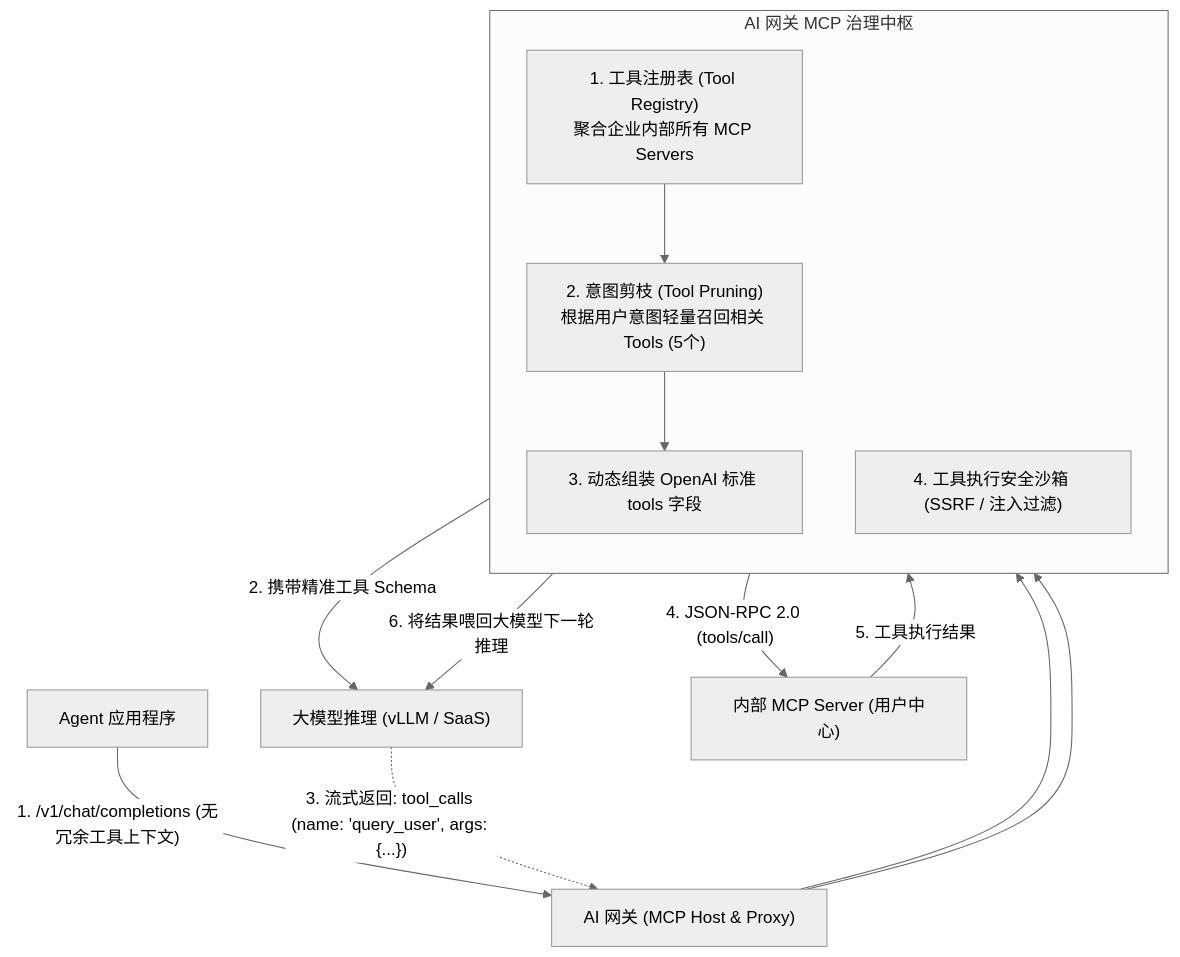
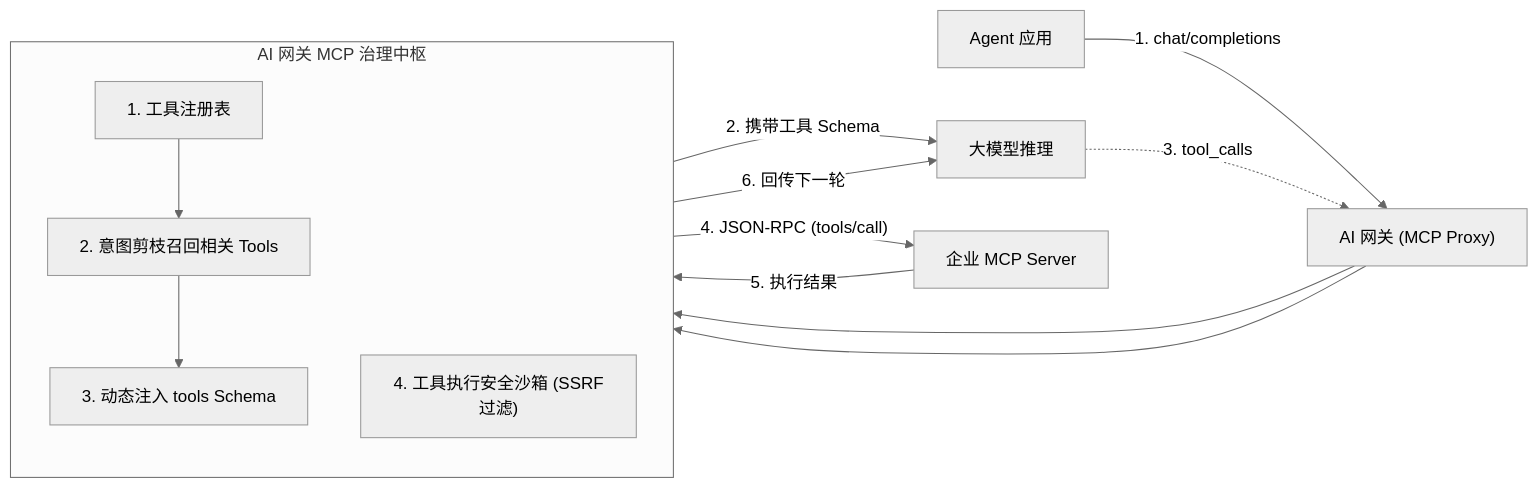
The second of 4 diagrams in content/posts/ai-agent-gateway/ai-gateway-07-agent-tool-mcp-gateway.md (MoreConsequence/MoreConsequence.github.io), drawn with Mermaid (neutral theme) before and after one commit. The commit also changed other lines of this file and 835 other files, not shown here.

First line of the commit message:
feat(blog): 全站33篇新增深度专栏与博文全量审核上线及矢量图表优化

````diff
--- a/content/posts/ai-agent-gateway/ai-gateway-07-agent-tool-mcp-gateway.md
+++ b/content/posts/ai-agent-gateway/ai-gateway-07-agent-tool-mcp-gateway.md
@@ -69,21 +69,21 @@
 ```mermaid
-flowchart TD
-    AgentApp["Agent 应用程序"] -->|"1. /v1/chat/completions (无冗余工具上下文)"| GW["AI 网关 (MCP Host & Proxy)"]
+flowchart LR
+    AgentApp["Agent 应用"] -->|"1. chat/completions"| GW["AI 网关 (MCP Proxy)"]
 
     subgraph MCPGateway["AI 网关 MCP 治理中枢"]
         direction TB
-        Registry["1. 工具注册表 (Tool Registry)<br/>聚合企业内部所有 MCP Servers"]
-        Filter["2. 意图剪枝 (Tool Pruning)<br/>根据用户意图轻量召回相关 Tools (5个)"]
-        SchemaInject["3. 动态组装 OpenAI 标准 tools 字段"]
-        Sandbox["4. 工具执行安全沙箱 (SSRF / 注入过滤)"]
+        Registry["1. 工具注册表"]
+        Filter["2. 意图剪枝召回相关 Tools"]
+        SchemaInject["3. 动态注入 tools Schema"]
+        Sandbox["4. 工具执行安全沙箱 (SSRF过滤)"]
+        Registry --> Filter --> SchemaInject
     end
 
-    GW --> Registry --> Filter --> SchemaInject
-    SchemaInject -->|"2. 携带精准工具 Schema"| LLM["大模型推理 (vLLM / SaaS)"]
-
-    LLM -.->|"3. 流式返回: tool_calls (name: 'query_user', args: {...})"| GW
+    GW --> Registry
+    SchemaInject -->|"2. 携带工具 Schema"| LLM["大模型推理"]
+    LLM -.->|"3. tool_calls"| GW
     GW --> Sandbox
-    Sandbox -->|"4. JSON-RPC 2.0 (tools/call)"| TargetServer["内部 MCP Server (用户中心)"]
-    TargetServer -->|"5. 工具执行结果"| Sandbox
-    Sandbox -->|"6. 将结果喂回大模型下一轮推理"| LLM
+    Sandbox -->|"4. JSON-RPC (tools/call)"| TargetServer["企业 MCP Server"]
+    TargetServer -->|"5. 执行结果"| Sandbox
+    Sandbox -->|"6. 回传下一轮"| LLM
 ```
````
